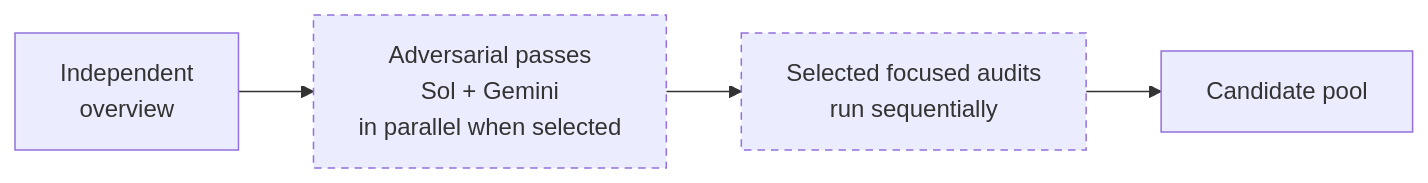
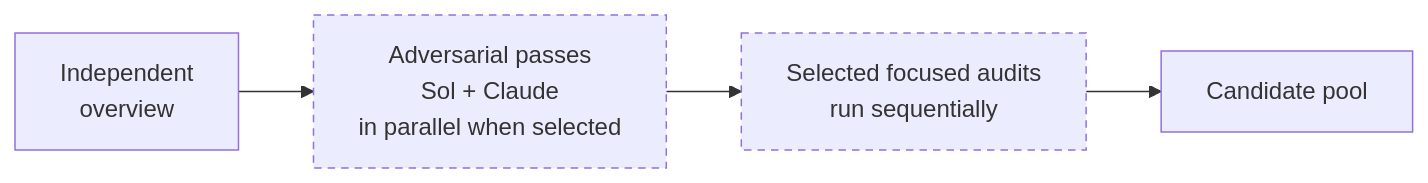
The third of 5 diagrams in pkgs/ralph/README.md (willcl-ark/nix), drawn with Mermaid before and after one commit. The commit also changed other lines of this file and 27 other files, not shown here.

````diff
--- a/pkgs/ralph/README.md
+++ b/pkgs/ralph/README.md
@@ -241,8 +242,8 @@
 ```mermaid
 flowchart LR
-    overview["Independent<br/>overview"] --> adversarial["Adversarial passes<br/>Sol + Gemini<br/>in parallel when selected"]
+    overview["Independent<br/>overview"] --> adversarial["Adversarial passes<br/>Sol + Claude<br/>in parallel when selected"]
     adversarial --> focused["Selected focused audits<br/>run sequentially"]
     focused --> pool["Candidate pool"]
     classDef optional stroke-dasharray: 5 4
     class adversarial,focused optional
 ```
````
